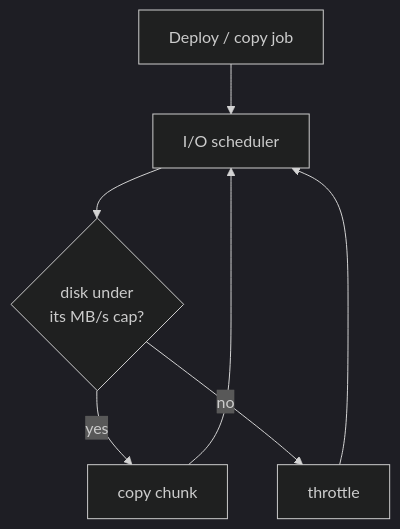
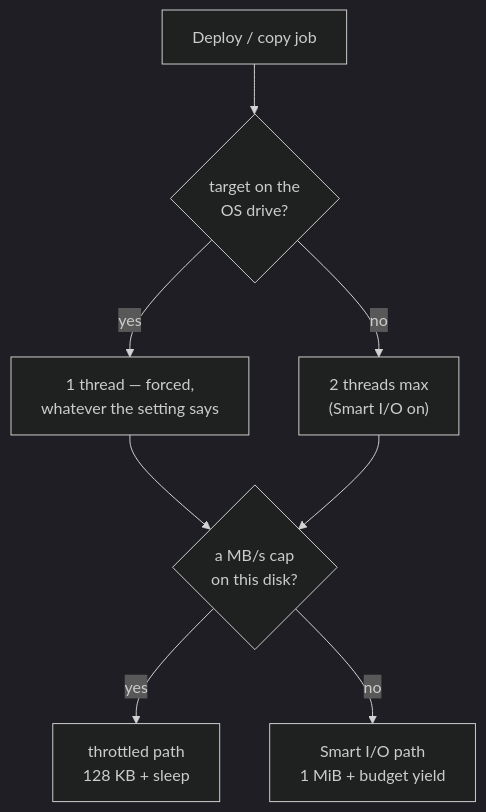
One commit to FreeProject089/BMM-Docs changed the first of 2 diagrams in docs/how-it-works/performance.md. Above: the diagram before and after it, drawn with Mermaid (dark theme). The commit also changed other lines of this file and 7 other files, not shown here.

````diff
--- a/docs/how-it-works/performance.md
+++ b/docs/how-it-works/performance.md
@@ -12,8 +37,10 @@
 ```mermaid
 flowchart TB
-    JOB["Deploy / copy job"] --> Q["I/O scheduler"]
-    Q --> LIM{"disk under<br/>its MB/s cap?"}
-    LIM -- yes --> GO["copy chunk"]
-    LIM -- no --> WAIT["throttle"] --> Q
-    GO --> Q
+    JOB["Deploy / copy job"] --> SYS{"target on the<br/>OS drive?"}
+    SYS -- yes --> ONE["1 thread — forced,<br/>whatever the setting says"]
+    SYS -- no --> TWO["2 threads max<br/>(Smart I/O on)"]
+    ONE --> LIM{"a MB/s cap<br/>on this disk?"}
+    TWO --> LIM
+    LIM -- yes --> THR["throttled path<br/>128 KB + sleep"]
+    LIM -- no --> SM["Smart I/O path<br/>1 MiB + budget yield"]
 ```
````
